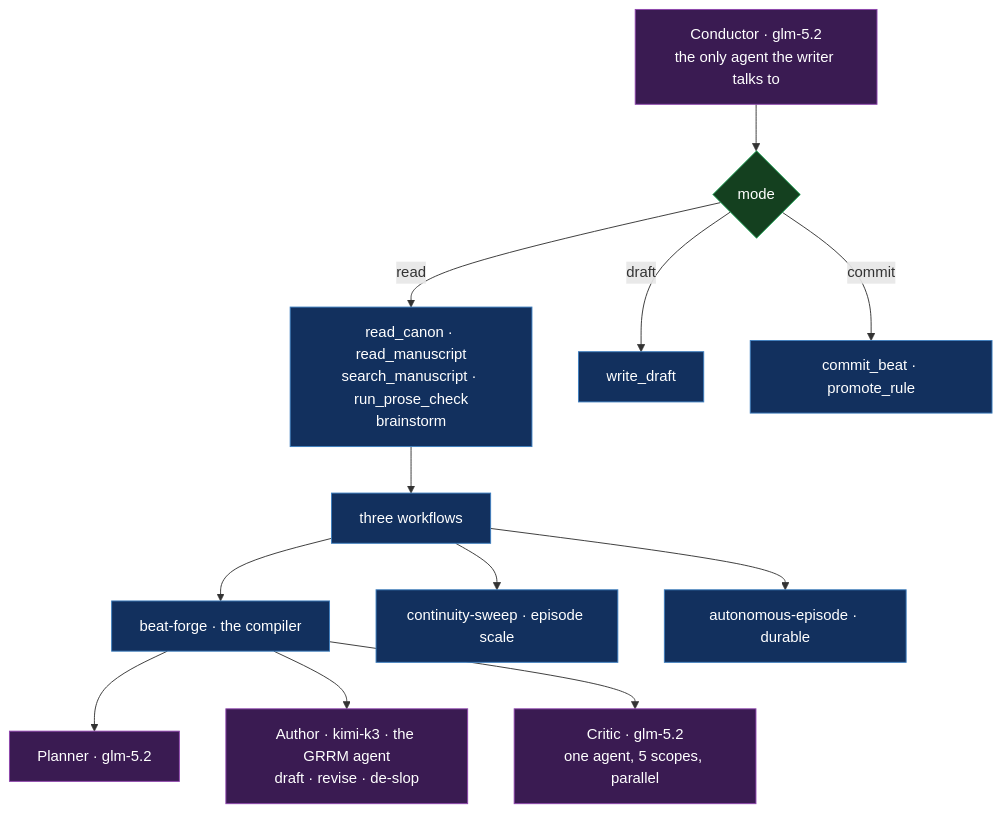
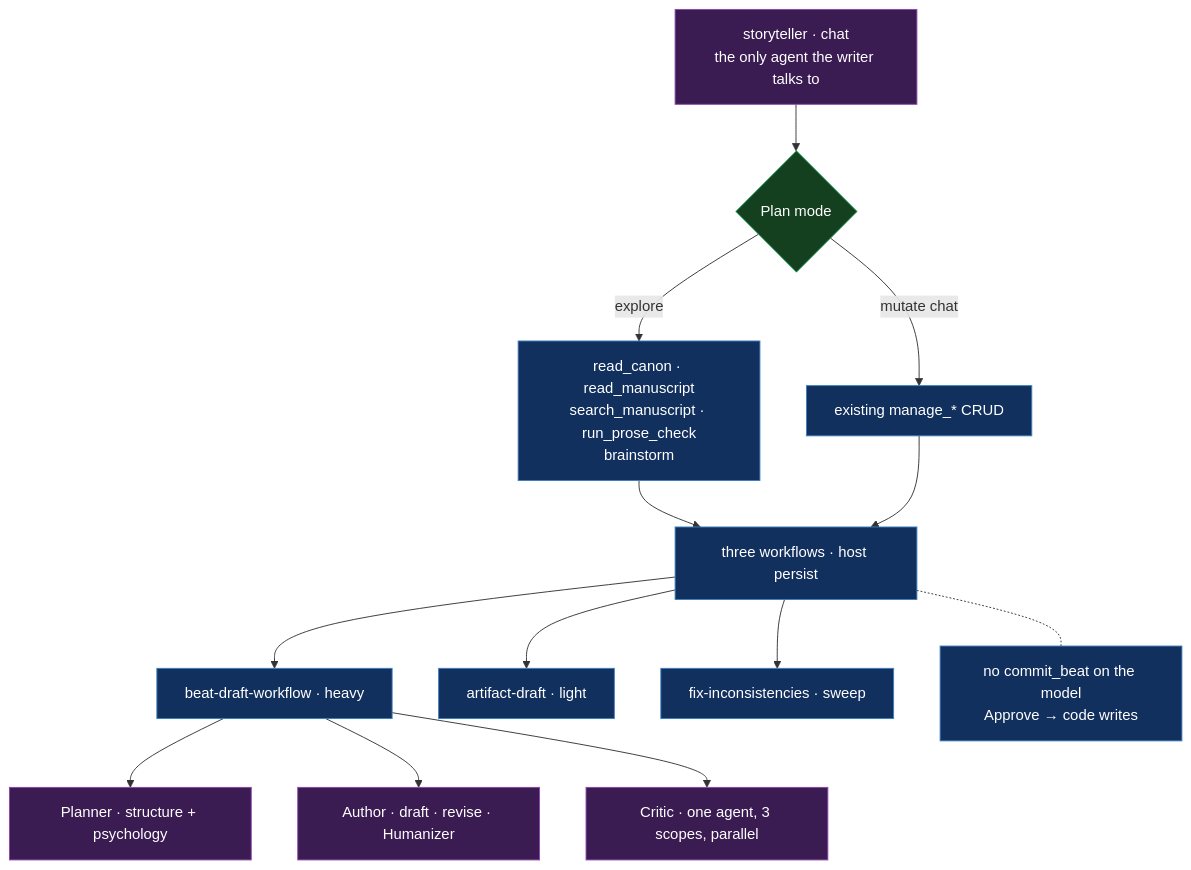
Before and after one commit to jsroga/nomos: the third of 10 diagrams in .spec/opus/architecture-review/diagrams.md, drawn with Mermaid. The commit also changed other lines of this file and 14 other files, not shown here.

Commit message:
doc(spec): architecture plan second opinion

````diff
--- a/.spec/opus/architecture-review/diagrams.md
+++ b/.spec/opus/architecture-review/diagrams.md
@@ -101,25 +101,28 @@
 ```mermaid
 flowchart TD
-    CO["Conductor · glm-5.2<br/>the only agent the writer talks to"]
+    CO["storyteller · chat<br/>the only agent the writer talks to"]
 
-    CO --> MODE{"mode"}
-    MODE -->|"read"| RT["read_canon · read_manuscript<br/>search_manuscript · run_prose_check<br/>brainstorm"]
-    MODE -->|"draft"| DT["write_draft"]
-    MODE -->|"commit"| CT["commit_beat · promote_rule"]
+    CO --> PLANMODE{"Plan mode"}
+    PLANMODE -->|"explore"| RT["read_canon · read_manuscript<br/>search_manuscript · run_prose_check<br/>brainstorm"]
+    PLANMODE -->|"mutate chat"| CRUD["existing manage_* CRUD"]
 
-    RT --> WF["three workflows"]
-    WF --> BF["beat-forge · the compiler"]
-    WF --> CS["continuity-sweep · episode scale"]
-    WF --> AE["autonomous-episode · durable"]
+    RT --> WF["three workflows · host persist"]
+    CRUD --> WF
+    WF --> BF["beat-draft-workflow · heavy"]
+    WF --> AD["artifact-draft · light"]
+    WF --> FI["fix-inconsistencies · sweep"]
 
-    BF --> PLAN["Planner · glm-5.2"]
-    BF --> AUTH["Author · kimi-k3 · the GRRM agent<br/>draft · revise · de-slop"]
-    BF --> CRIT["Critic · glm-5.2<br/>one agent, 5 scopes, parallel"]
+    BF --> PLAN["Planner · structure + psychology"]
+    BF --> AUTH["Author · draft · revise · Humanizer"]
+    BF --> CRIT["Critic · one agent, 3 scopes, parallel"]
+
+    NOTE["no commit_beat on the model<br/>Approve → code writes"]
+    WF -.- NOTE
 
     classDef model fill:#3a1b52,stroke:#8e44ad,color:#fff
     classDef host fill:#12305e,stroke:#3d7ebf,color:#fff
     classDef gate fill:#14401f,stroke:#27ae60,color:#fff
     class CO,PLAN,AUTH,CRIT model
-    class RT,DT,CT,WF,BF,CS,AE host
-    class MODE gate
+    class RT,CRUD,WF,BF,AD,FI,NOTE host
+    class PLANMODE gate
 ```
````
